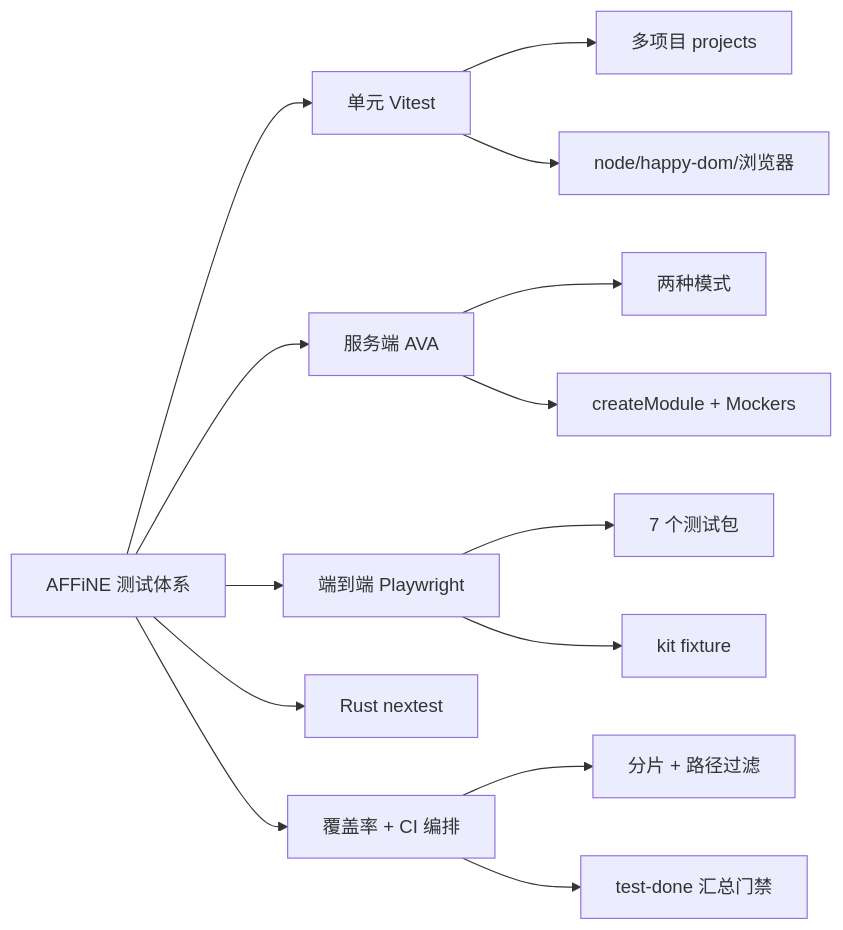
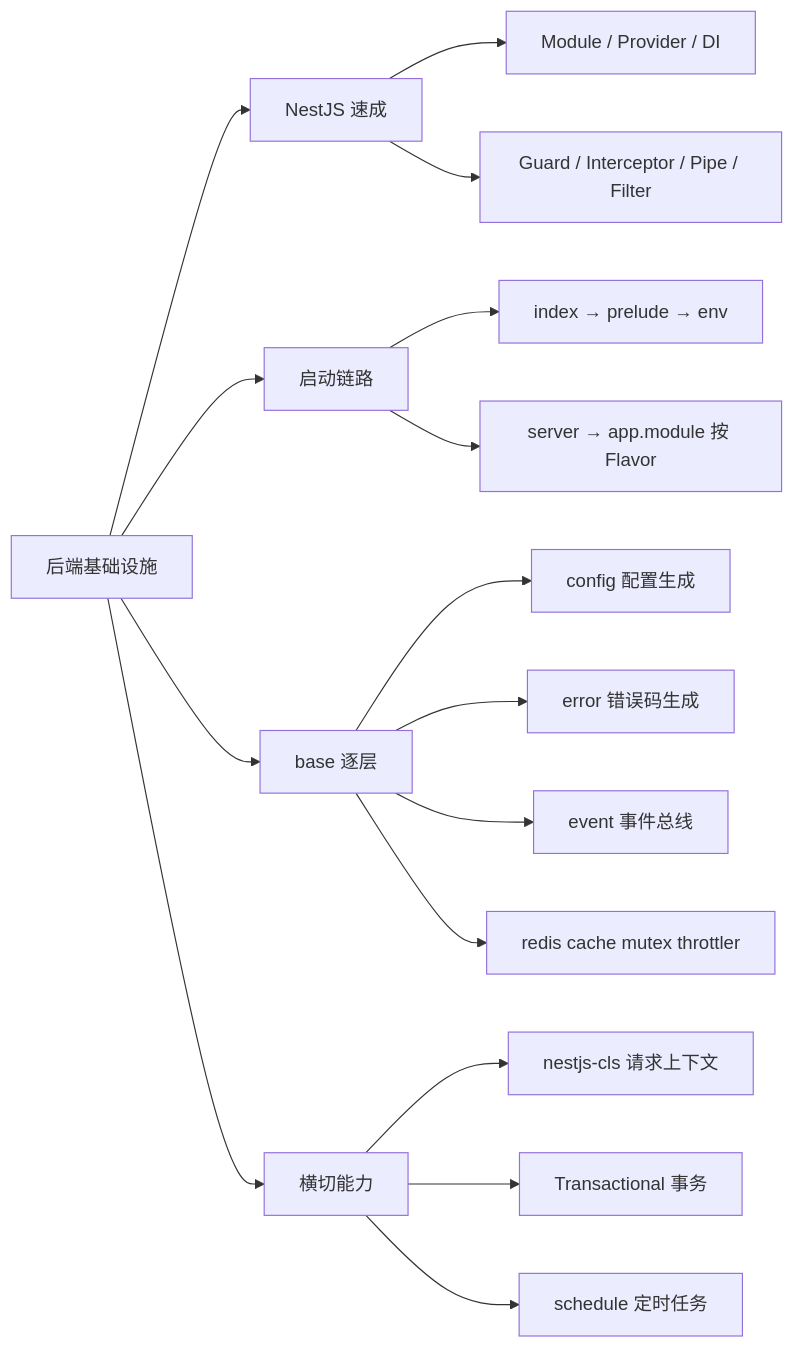
Before and after one commit to lfire/AFFiNE: the first of 6 diagrams in learning-guide/slides/decks/25.md, drawn with Mermaid. The commit also changed other lines of this file and 73 other files, not shown here.

````diff
--- a/learning-guide/slides/decks/25.md
+++ b/learning-guide/slides/decks/25.md
@@ -34,16 +33,18 @@
 ```mermaid
 flowchart LR
-  ROOT["AFFiNE 测试体系"] --> U["单元 Vitest"]
-  ROOT --> A["服务端 AVA"]
-  ROOT --> E["端到端 Playwright"]
-  ROOT --> R["Rust nextest"]
-  ROOT --> COV["覆盖率 + CI 编排"]
-  U --> U1["多项目 projects"]
-  U --> U2["node/happy-dom/浏览器"]
-  A --> A1["两种模式"]
-  A --> A2["createModule + Mockers"]
-  E --> E1["7 个测试包"]
-  E --> E2["kit fixture"]
-  COV --> C1["分片 + 路径过滤"]
-  COV --> C2["test-done 汇总门禁"]
+  ROOT["后端基础设施"] --> N["NestJS 速成"]
+  ROOT --> B["启动链路"]
+  ROOT --> BASE["base 逐层"]
+  ROOT --> X["横切能力"]
+  N --> N1["Module / Provider / DI"]
+  N --> N2["Guard / Interceptor / Pipe / Filter"]
+  B --> B1["index → prelude → env"]
+  B --> B2["server → app.module 按 Flavor"]
+  BASE --> BA1["config 配置生成"]
+  BASE --> BA2["error 错误码生成"]
+  BASE --> BA3["event 事件总线"]
+  BASE --> BA4["redis cache mutex throttler"]
+  X --> X1["nestjs-cls 请求上下文"]
+  X --> X2["Transactional 事务"]
+  X --> X3["schedule 定时任务"]
 ```
````
